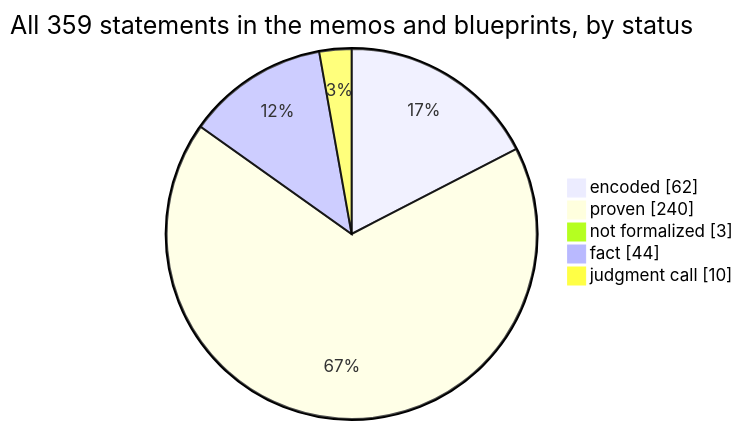
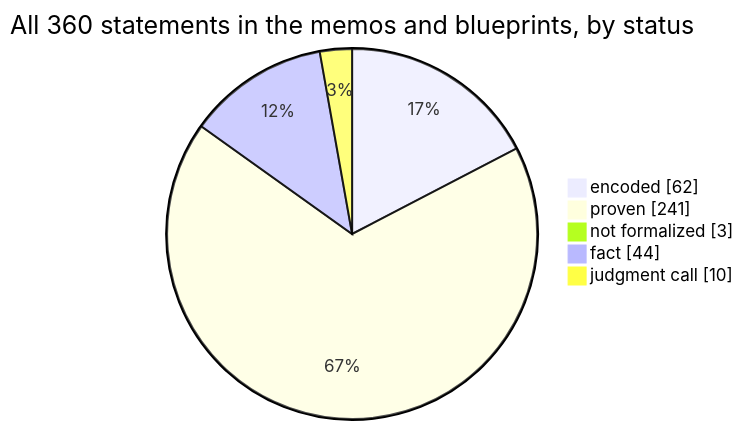
Before and after one commit to SeanWMurray/Canteen: the first of 4 diagrams in docs/graphs/dashboard.md, drawn with Mermaid. The commit also changed other lines of this file and 14 other files, not shown here.

````diff
--- a/docs/graphs/dashboard.md
+++ b/docs/graphs/dashboard.md
@@ -11,8 +11,8 @@
 ```mermaid
-pie showData title All 359 statements in the memos and blueprints, by status
+pie showData title All 360 statements in the memos and blueprints, by status
     "encoded" : 62
-    "proven" : 240
+    "proven" : 241
     "not formalized" : 3
     "fact" : 44
     "judgment call" : 10
 ```
````
